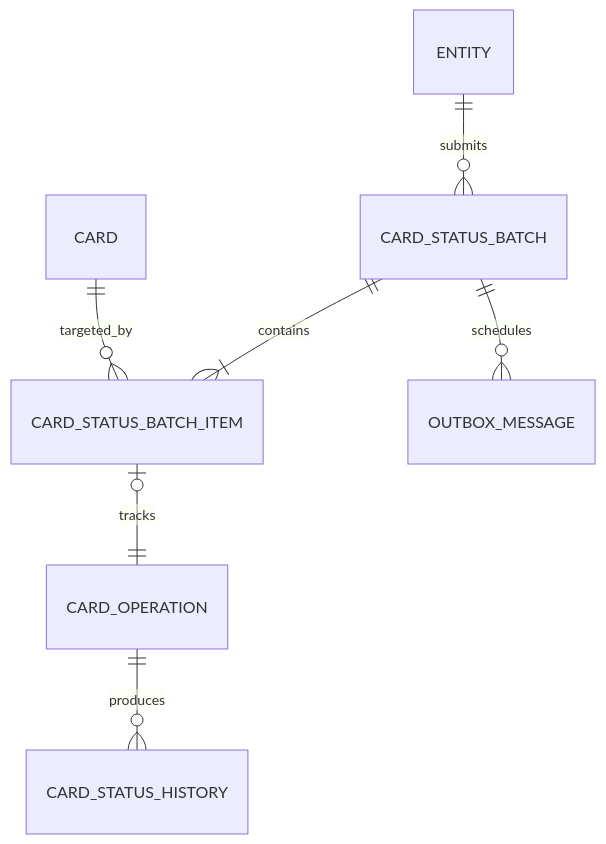
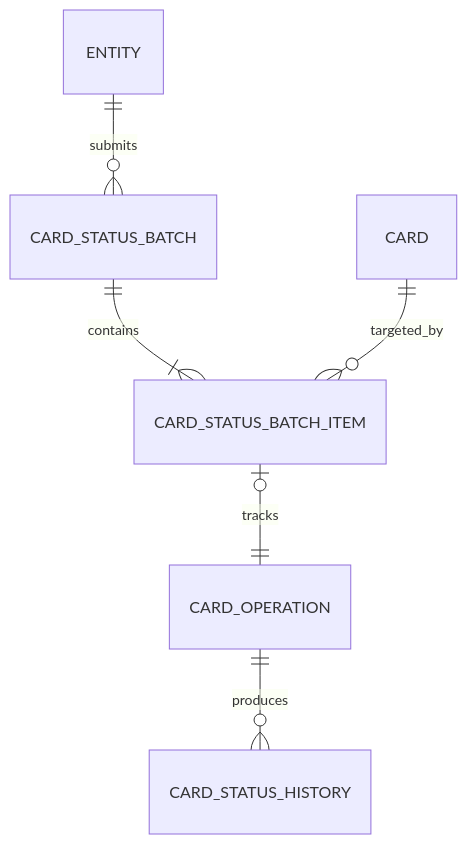
Before and after one commit to fermarro13/card-issuer-api: the third of 4 diagrams in docs/database-design.md, drawn with Mermaid. The commit also changed other lines of this file and 5 other files, not shown here.

Commit message:
fine tunning architecture

````diff
--- a/docs/database-design.md
+++ b/docs/database-design.md
@@ -135,9 +137,8 @@
 ```mermaid
 erDiagram
     ENTITY ||--o{ CARD_STATUS_BATCH : submits
     CARD_STATUS_BATCH ||--|{ CARD_STATUS_BATCH_ITEM : contains
     CARD ||--o{ CARD_STATUS_BATCH_ITEM : targeted_by
     CARD_STATUS_BATCH_ITEM o|--|| CARD_OPERATION : tracks
     CARD_OPERATION ||--o{ CARD_STATUS_HISTORY : produces
-    CARD_STATUS_BATCH ||--o{ OUTBOX_MESSAGE : schedules
 ```
````
